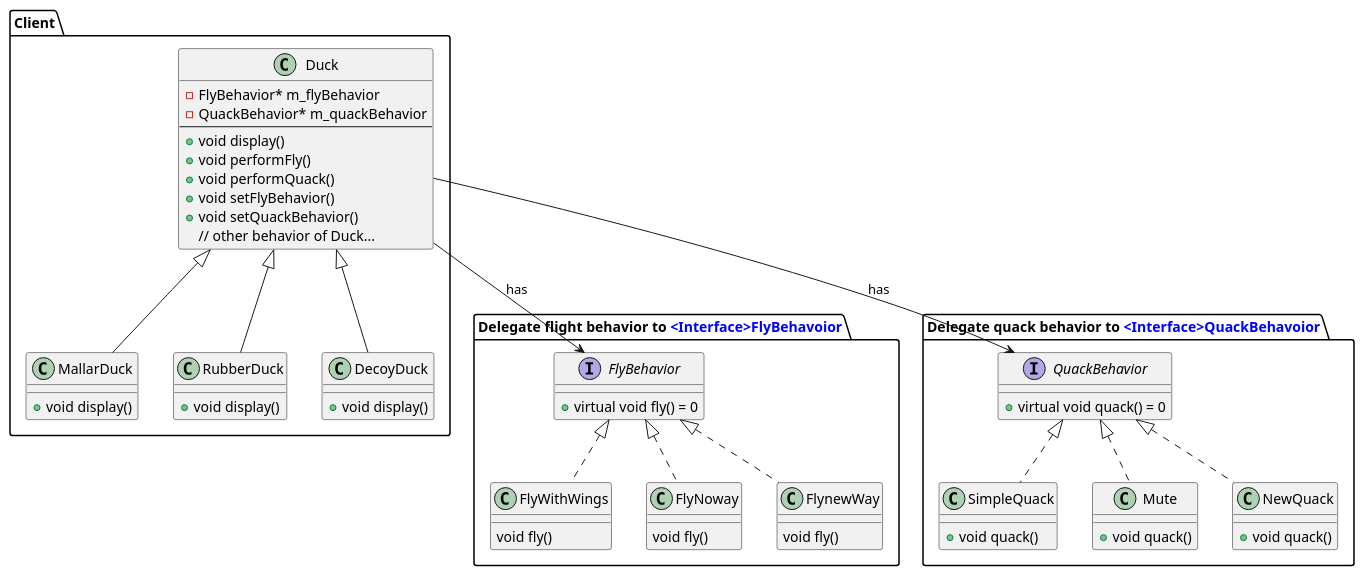
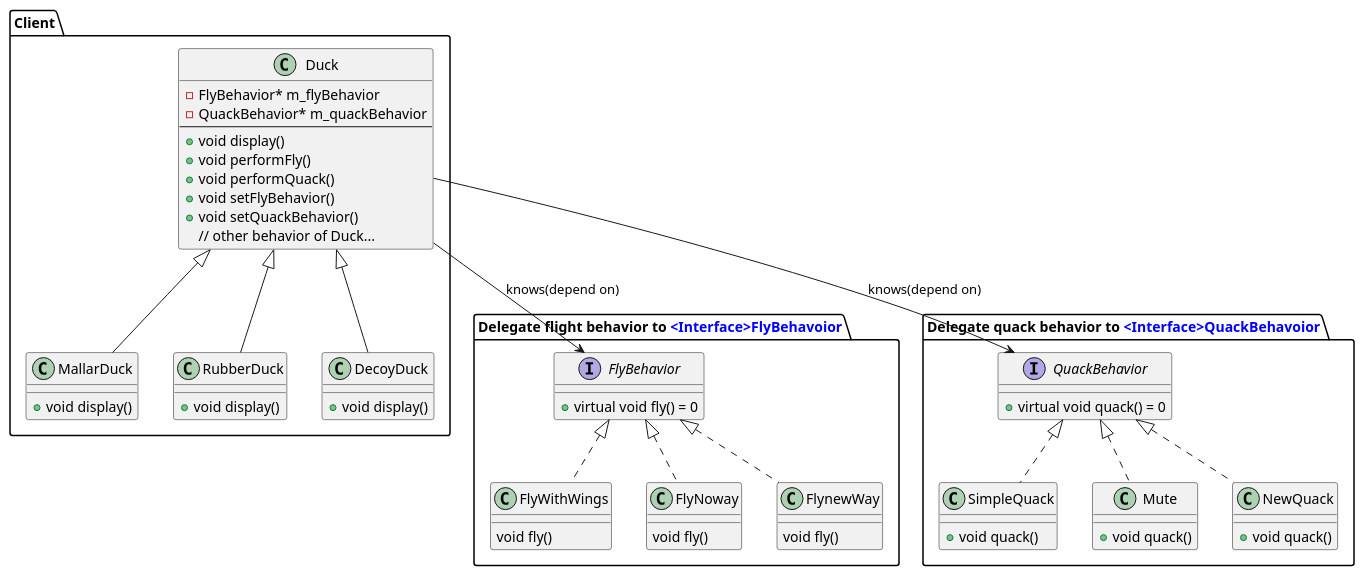
One commit to jwbecalm/Head-First-Design-Patterns-in-CPP changed the diagram in ch01_Strategy/plantuml/Strategy_class.plantuml. Above: the diagram before and after it, drawn with PlantUML. The commit also changed 8 other files, not shown here.

```diff
--- a/ch01_Strategy/plantuml/Strategy_class.plantuml
+++ b/ch01_Strategy/plantuml/Strategy_class.plantuml
@@ -1,71 +1,71 @@
 @startuml Strategy Pattern
 
 package "Client"{
 class Duck
 {
     - FlyBehavior* m_flyBehavior
     - QuackBehavior* m_quackBehavior
     --
     + void display()
     + void performFly()
     + void performQuack()
     + void setFlyBehavior()
     + void setQuackBehavior()
     // other behavior of Duck...
 }
 ' note left of Duck::m_flyBehavior
 ' 把Duck容易改变的行为封装到对应的Behavior接口中，
 ' 委托对应的接口去完成不同的行为
 ' end note
 
 ' note left of Duck::performFly
 ' 在perform方法中委托接口的fly(), quack()方法
 ' 针对fly(),quack()接口编程，运行时动态绑定具体的实现类
 ' end note
 
 class MallarDuck extends Duck{
     +void display()
 }
 
 class RubberDuck extends Duck{
     +void display()
 }
 class DecoyDuck extends Duck{
     +void display()
 }
 }
 package "Delegate flight behavior to <color:blue><Interface>FlyBehavoior" {
-Duck -->FlyBehavior: has
+Duck -->FlyBehavior: knows(depend on)
 interface FlyBehavior{
     + virtual void fly() = 0
 }
 
 
 class FlyWithWings implements FlyBehavior{
     void fly()
 }
 class FlyNoway implements FlyBehavior{
     void fly()
 }
 class FlynewWay implements FlyBehavior{
     void fly()
 }
 }
 
 package "Delegate quack behavior to <color:blue><Interface>QuackBehavoior"{
-Duck -->QuackBehavior: has
+Duck -->QuackBehavior: knows(depend on)
 
 interface QuackBehavior{
     + virtual void quack() = 0
 }
 class SimpleQuack implements QuackBehavior{
     + void quack()
 }
 class Mute implements QuackBehavior{
     + void quack()
 }
 class NewQuack implements QuackBehavior{
     + void quack()
 }
 }
 @enduml
```
